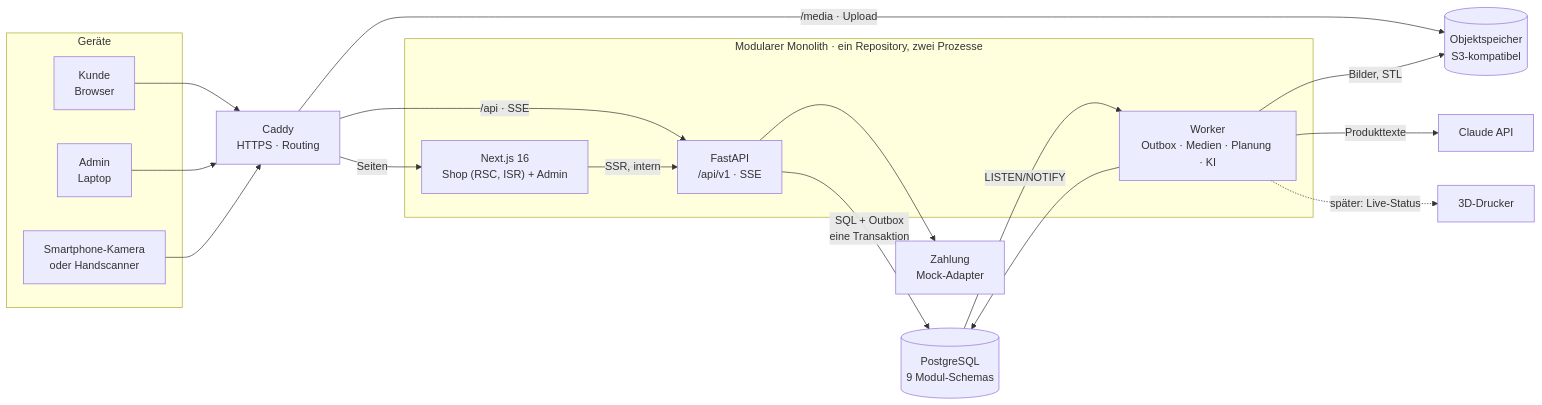
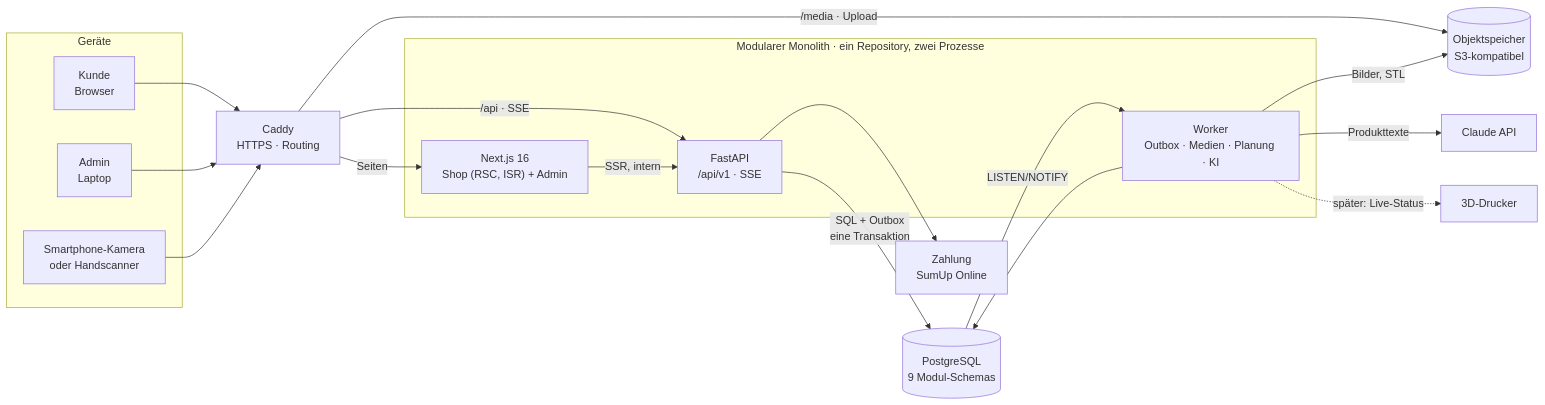
One commit to nelebolsewig-droid/modellbahn-shop changed the second of 8 diagrams in docs/KONZEPT.md. Above: the diagram before and after it, drawn with Mermaid. The commit also changed other lines of this file and 53 other files, not shown here.

First line of the commit message:
Zahlung mit SumUp Online: Bezahlseite bei SumUp, Abgleich über Rückkehr, Meldung und Worker

````diff
--- a/docs/KONZEPT.md
+++ b/docs/KONZEPT.md
@@ -232,34 +232,34 @@
 ```mermaid
 flowchart LR
     subgraph Geraete["Geräte"]
         K["Kunde<br/>Browser"]
         A["Admin<br/>Laptop"]
         H["Smartphone-Kamera<br/>oder Handscanner"]
     end
     C["Caddy<br/>HTTPS · Routing"]
     subgraph Monolith["Modularer Monolith · ein Repository, zwei Prozesse"]
         N["Next.js 16<br/>Shop (RSC, ISR) + Admin"]
         API["FastAPI<br/>/api/v1 · SSE"]
         W["Worker<br/>Outbox · Medien · Planung · KI"]
     end
     PG[("PostgreSQL<br/>9 Modul-Schemas")]
     S3[("Objektspeicher<br/>S3-kompatibel")]
     CL["Claude API"]
     PR["3D-Drucker"]
-    PAY["Zahlung<br/>Mock-Adapter"]
+    PAY["Zahlung<br/>SumUp Online"]
 
     K --> C
     A --> C
     H --> C
     C -- "Seiten" --> N
     C -- "/api · SSE" --> API
     C -- "/media · Upload" --> S3
     N -- "SSR, intern" --> API
     API -- "SQL + Outbox<br/>eine Transaktion" --> PG
     API --> PAY
     PG -- "LISTEN/NOTIFY" --> W
     W --> PG
     W -- "Bilder, STL" --> S3
     W -- "Produkttexte" --> CL
     W -. "später: Live-Status" .-> PR
 ```
````
